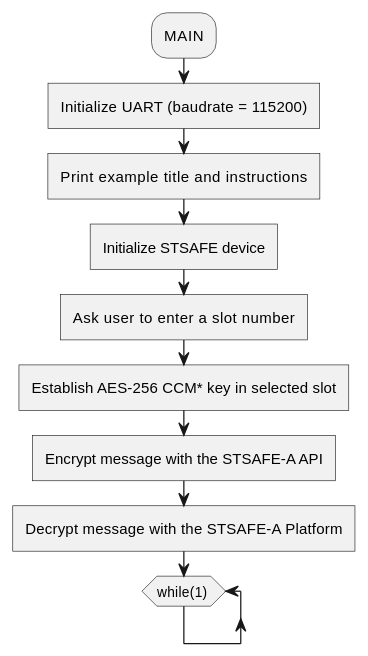
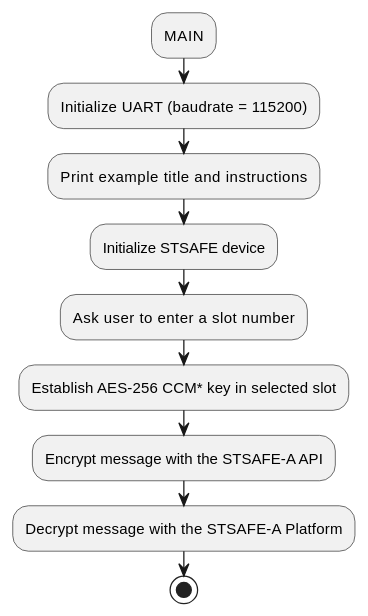
The diagram in Documentation/resources/Markdown/03_Project_examples_description/Symmetric_key_establishment_AES-256_CCM/STSAFE-A120_Symmetric_key_establishment_AES-256_CCM.md (Grom-perso/STSAFE-A120_examples_dev), drawn with PlantUML before and after one commit. The commit also changed 23 other files, not shown here.

```diff
--- a/Documentation/resources/Markdown/03_Project_examples_description/Symmetric_key_establishment_AES-256_CCM/STSAFE-A120_Symmetric_key_establishment_AES-256_CCM.md
+++ b/Documentation/resources/Markdown/03_Project_examples_description/Symmetric_key_establishment_AES-256_CCM/STSAFE-A120_Symmetric_key_establishment_AES-256_CCM.md
@@ -8,15 +8,12 @@
 @startuml "STSAFE-A120_Symmetric_key_establishment_AES-256_CCM Example flowchart" width=5cm
 	:MAIN;
-	:Initialize UART (baudrate = 115200)]
-	:Print example title and instructions]
-	:Initialize STSAFE device]
-    :Ask user to enter a slot number]
-	:Establish AES-256 CCM* key in selected slot]
-	:Encrypt message with the STSAFE-A API]
-	:Decrypt message with the STSAFE-A Platform]
+	:Initialize UART (baudrate = 115200);
+	:Print example title and instructions;
+	:Initialize STSAFE device;
+  :Ask user to enter a slot number;
+	:Establish AES-256 CCM* key in selected slot;
+	:Encrypt message with the STSAFE-A API;
+	:Decrypt message with the STSAFE-A Platform;
 
-	while (while(1) )
-	end while
-	-[hidden]->
-    detach
+	stop
 @enduml
```
